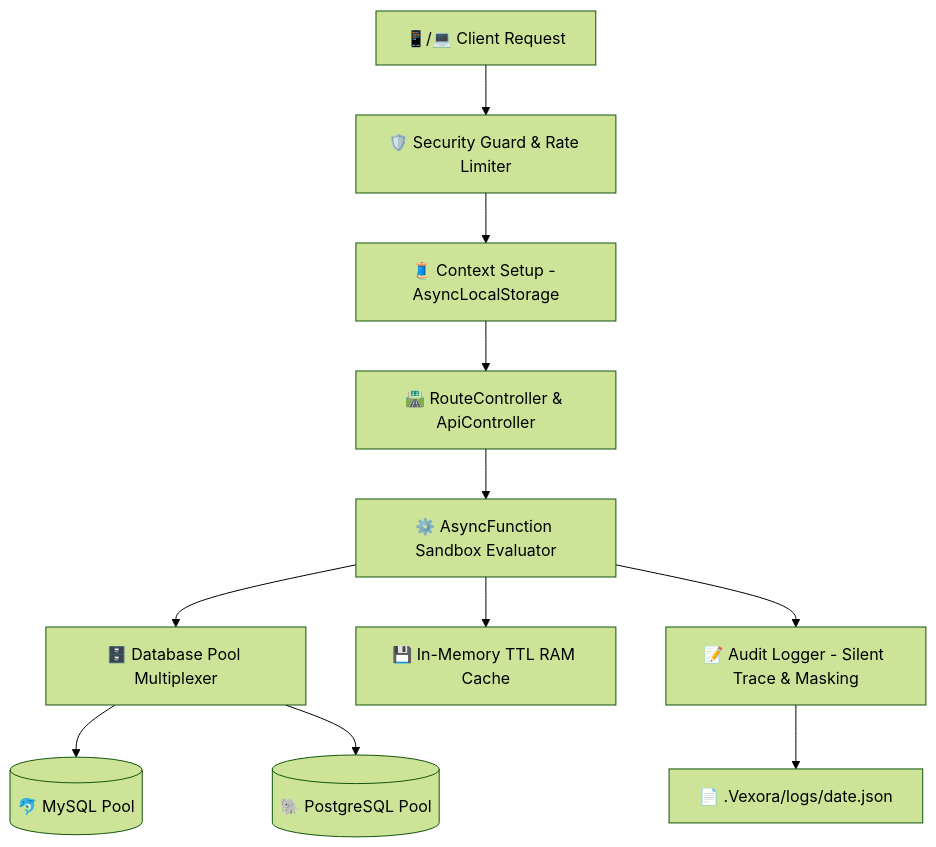
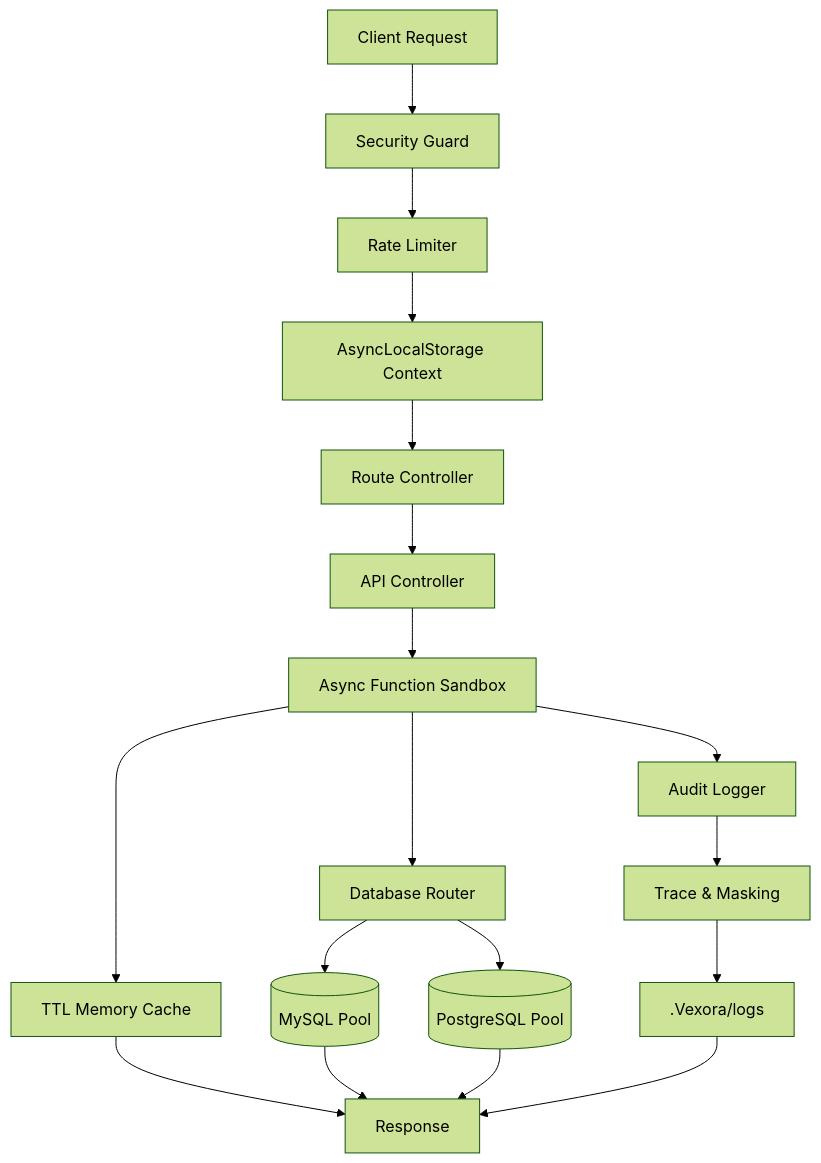
One commit to satyam9725/satyam9725 changed the diagram in README.md. Above: the diagram before and after it, drawn with Mermaid (forest theme). The commit also changed other lines of this file, not shown here.

````diff
--- a/README.md
+++ b/README.md
@@ -43,15 +74,26 @@
 ```mermaid
-graph TD
-    Client[📱/💻 Client Request] --> Guard[🛡️ Security Guard & Rate Limiter]
-    Guard --> Context[🧵 Context Setup - AsyncLocalStorage]
-    Context --> Router[🛣️ RouteController & ApiController]
-    Router --> Controller[⚙️ AsyncFunction Sandbox Evaluator]
-    
-    Controller --> DBRouter[🗄️ Database Pool Multiplexer]
-    DBRouter --> MySQL[(🐬 MySQL Pool)]
-    DBRouter --> PG[(🐘 PostgreSQL Pool)]
-    
-    Controller --> Cache[💾 In-Memory TTL RAM Cache]
-    Controller --> Logger[📝 Audit Logger - Silent Trace & Masking]
-    Logger --> Disk[📄 .Vexora/logs/date.json]
+flowchart TD
+    A[Client Request] --> B[Security Guard]
+    B --> C[Rate Limiter]
+    C --> D[AsyncLocalStorage Context]
+
+    D --> E[Route Controller]
+    E --> F[API Controller]
+
+    F --> G[Async Function Sandbox]
+    G --> H[Database Router]
+
+    H --> I[(MySQL Pool)]
+    H --> J[(PostgreSQL Pool)]
+
+    G --> K[TTL Memory Cache]
+    G --> L[Audit Logger]
+
+    L --> M[Trace & Masking]
+    M --> N[.Vexora/logs]
+
+    K --> O[Response]
+    I --> O
+    J --> O
+    N --> O
 ```
````
